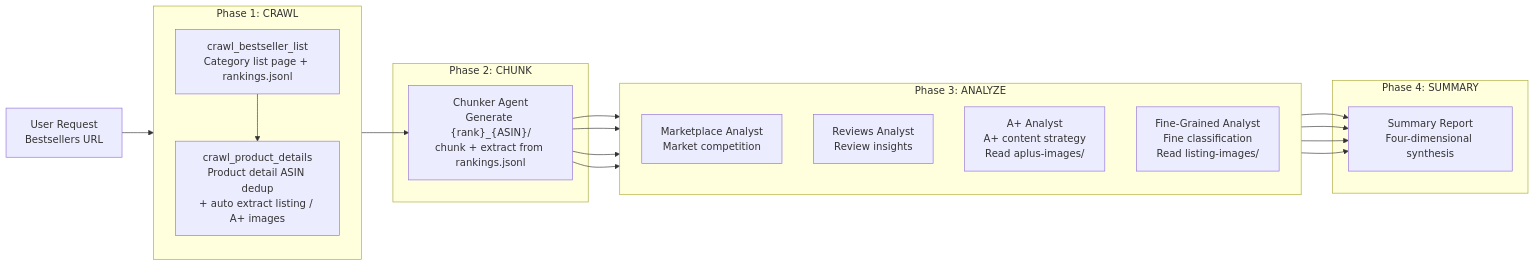
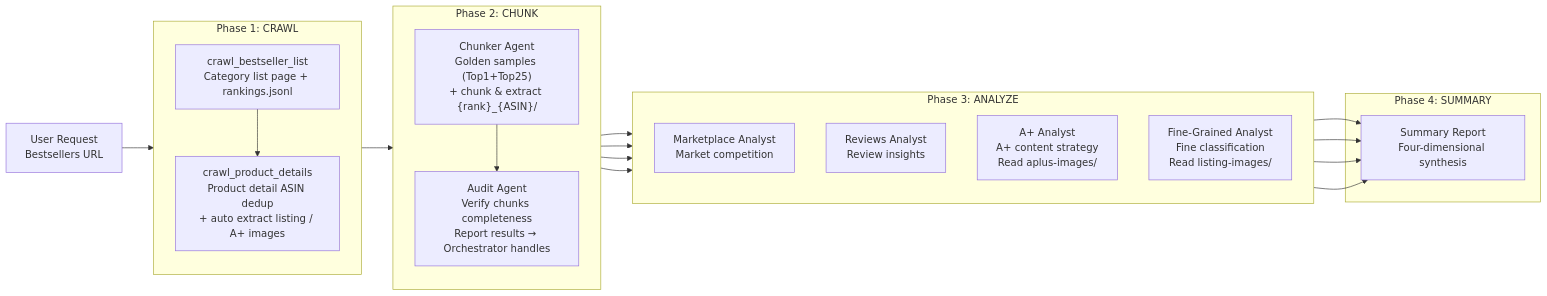
Before and after one commit to mengsi16/amazon-bestsellers-summary-agent: the diagram in README_en.md, drawn with Mermaid. The commit also changed other lines of this file and 9 other files, not shown here.

First line of the commit message:
feat: add chunker audit agent to enforce completeness verification

````diff
--- a/README_en.md
+++ b/README_en.md
@@ -66,34 +66,37 @@
 ```mermaid
 flowchart LR
     U["User Request<br/>Bestsellers URL"]
 
     subgraph P1["Phase 1: CRAWL"]
         direction TB
         A1["crawl_bestseller_list<br/>Category list page + rankings.jsonl"]
         A2["crawl_product_details<br/>Product detail ASIN dedup<br/>+ auto extract listing / A+ images"]
         A1 --> A2
     end
 
     subgraph P2["Phase 2: CHUNK"]
-        B["Chunker Agent<br/>Generate {rank}_{ASIN}/<br/>chunk + extract from rankings.jsonl"]
+        direction TB
+        B["Chunker Agent<br/>Golden samples (Top1+Top25)<br/>+ chunk & extract {rank}_{ASIN}/"]
+        BA["Audit Agent<br/>Verify chunks completeness<br/>Report results → Orchestrator handles"]
+        B --> BA
     end
 
     subgraph P3["Phase 3: ANALYZE"]
         direction TB
         C1["Marketplace Analyst<br/>Market competition"]
         C2["Reviews Analyst<br/>Review insights"]
         C3["A+ Analyst<br/>A+ content strategy<br/>Read aplus-images/"]
         C4["Fine-Grained Analyst<br/>Fine classification<br/>Read listing-images/"]
     end
 
     subgraph P4["Phase 4: SUMMARY"]
         F["Summary Report<br/>Four-dimensional synthesis"]
     end
 
     U --> A1
     A2 --> B
-    B --> C1 --> F
-    B --> C2 --> F
-    B --> C3 --> F
-    B --> C4 --> F
+    BA --> C1 --> F
+    BA --> C2 --> F
+    BA --> C3 --> F
+    BA --> C4 --> F
 ```
````
